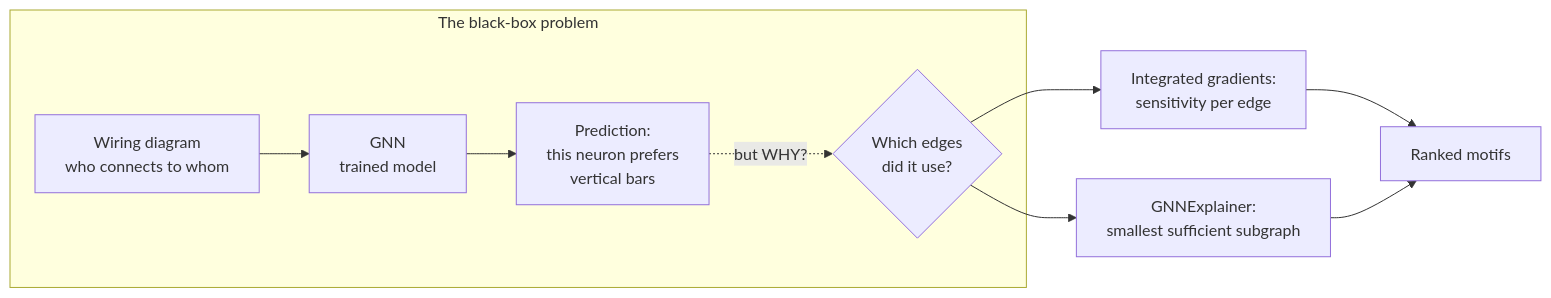
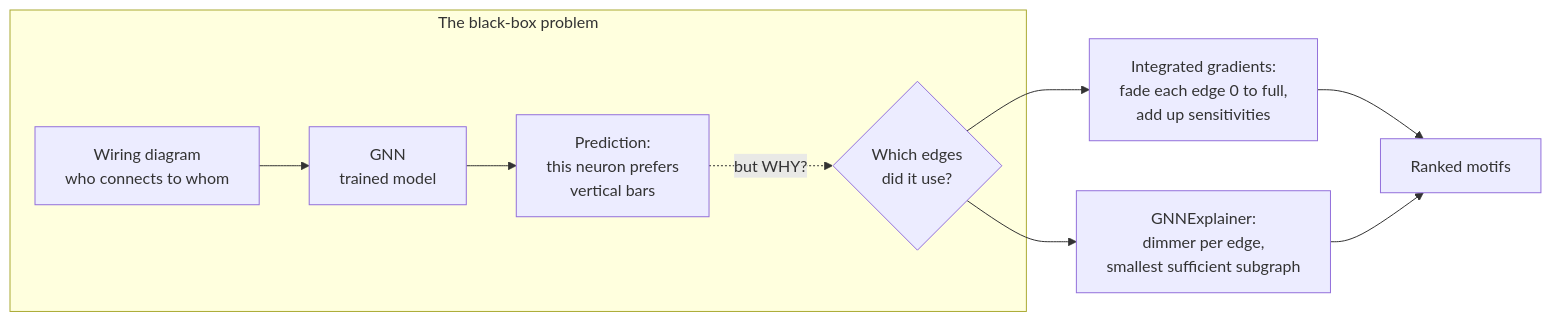
The first of 3 diagrams in docs/EXTENDED_INTRODUCTION.md (hwilner/microns-connectome-gnn-interpretability), drawn with Mermaid before and after one commit. The commit also changed other lines of this file and 1 other file, not shown here.

Commit message:
Embed concept figure in INTRODUCTION; constructively rewrite EXTENDED_INTRODUCTION from a 4-node paper example

````diff
--- a/docs/EXTENDED_INTRODUCTION.md
+++ b/docs/EXTENDED_INTRODUCTION.md
@@ -46,12 +62,12 @@
 ```mermaid
 flowchart LR
     subgraph Concept["The black-box problem"]
         W[Wiring diagram<br/>who connects to whom] --> G[GNN<br/>trained model]
         G --> P[Prediction:<br/>this neuron prefers<br/>vertical bars]
         P -.->|but WHY?| Q{Which edges<br/>did it use?}
     end
-    Q --> IG[Integrated gradients:<br/>sensitivity per edge]
-    Q --> GE[GNNExplainer:<br/>smallest sufficient subgraph]
+    Q --> IG[Integrated gradients:<br/>fade each edge 0 to full,<br/>add up sensitivities]
+    Q --> GE[GNNExplainer:<br/>dimmer per edge,<br/>smallest sufficient subgraph]
     IG --> M[Ranked motifs]
     GE --> M
 ```
````
